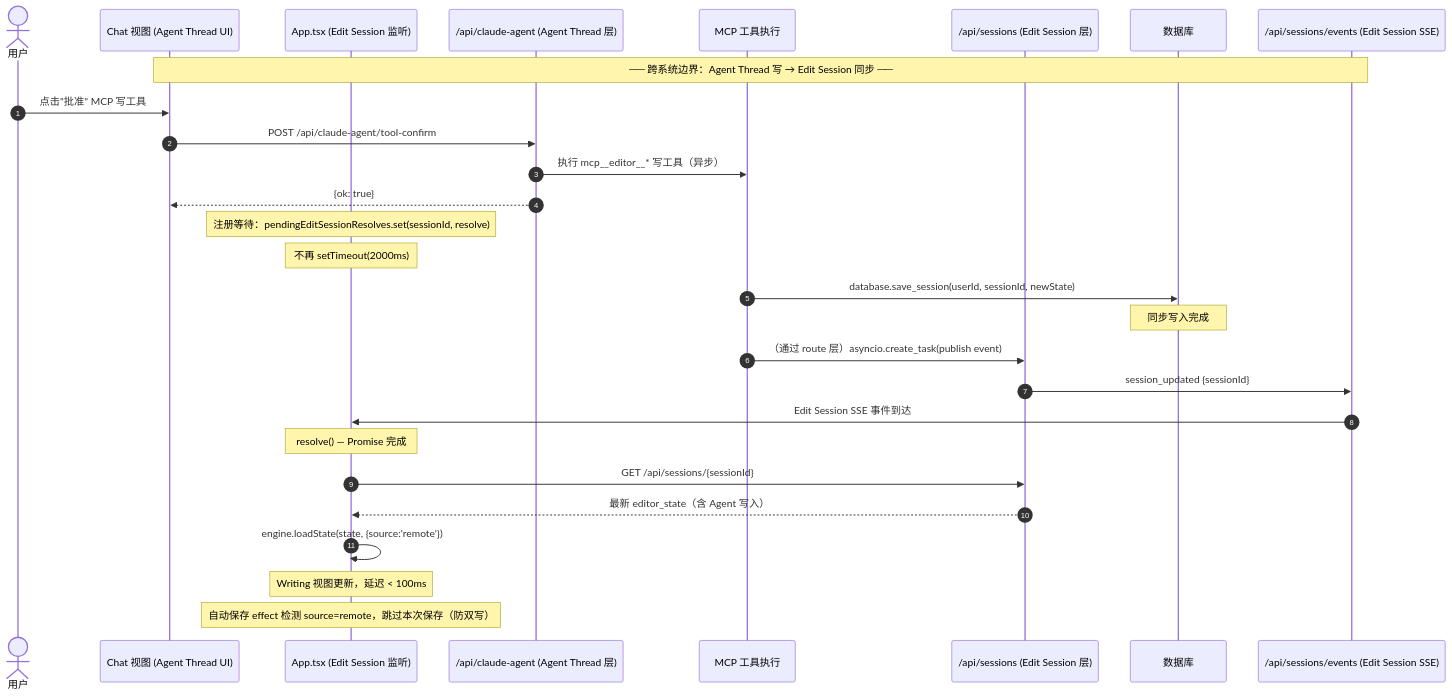
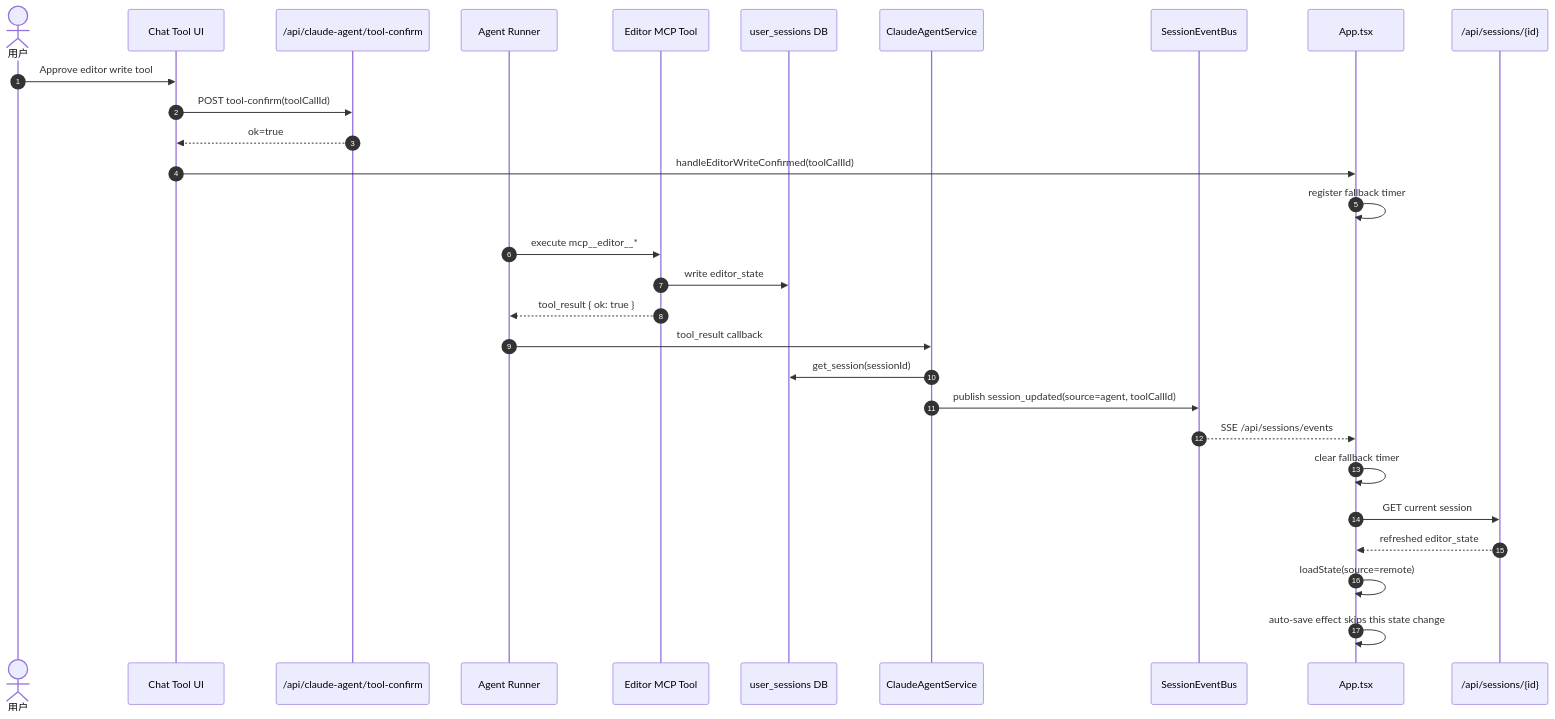
Before and after one commit to glide-the/im-dream: the diagram in docs/design/edit-session/session-event-driven-sync.md, drawn with Mermaid. The commit also changed other lines of this file and 30 other files, not shown here.

First line of the commit message:
feat: Implement event-driven reload for editor writes

````diff
--- a/docs/design/edit-session/session-event-driven-sync.md
+++ b/docs/design/edit-session/session-event-driven-sync.md
@@ -558,38 +137,33 @@
 ```mermaid
 sequenceDiagram
     autonumber
     actor U as 用户
-    participant Chat as Chat 视图 (Agent Thread UI)
-    participant AppFE as App.tsx (Edit Session 监听)
-    participant AgentAPI as /api/claude-agent (Agent Thread 层)
-    participant MCP as MCP 工具执行
-    participant SessionAPI as /api/sessions (Edit Session 层)
-    participant DB as 数据库
-    participant SSE as /api/sessions/events (Edit Session SSE)
+    participant Chat as Chat Tool UI
+    participant Confirm as /api/claude-agent/tool-confirm
+    participant Agent as Agent Runner
+    participant MCP as Editor MCP Tool
+    participant DB as user_sessions DB
+    participant Service as ClaudeAgentService
+    participant Bus as SessionEventBus
+    participant App as App.tsx
+    participant API as /api/sessions/{id}
 
-    Note over Chat,SSE: ── 跨系统边界：Agent Thread 写 → Edit Session 同步 ──
+    U->>Chat: Approve editor write tool
+    Chat->>Confirm: POST tool-confirm(toolCallId)
+    Confirm-->>Chat: ok=true
+    Chat->>App: handleEditorWriteConfirmed(toolCallId)
+    App->>App: register fallback timer
 
-    U->>Chat: 点击"批准" MCP 写工具
-    Chat->>AgentAPI: POST /api/claude-agent/tool-confirm
-    AgentAPI->>MCP: 执行 mcp__editor__* 写工具（异步）
-    AgentAPI-->>Chat: {ok: true}
-
-    Note over AppFE: 注册等待：pendingEditSessionResolves.set(sessionId, resolve)
-    Note over AppFE: 不再 setTimeout(2000ms)
-
-    MCP->>DB: database.save_session(userId, sessionId, newState)
-    Note over DB: 同步写入完成
-
-    MCP->>SessionAPI: （通过 route 层）asyncio.create_task(publish event)
-    SessionAPI->>SSE: session_updated {sessionId}
-    SSE->>AppFE: Edit Session SSE 事件到达
-
-    Note over AppFE: resolve() — Promise 完成
-    AppFE->>SessionAPI: GET /api/sessions/{sessionId}
-    SessionAPI-->>AppFE: 最新 editor_state（含 Agent 写入）
-
-    AppFE->>AppFE: engine.loadState(state, {source:'remote'})
-    Note over AppFE: Writing 视图更新，延迟 < 100ms
-
-    Note over AppFE: 自动保存 effect 检测 source=remote，跳过本次保存（防双写）
+    Agent->>MCP: execute mcp__editor__*
+    MCP->>DB: write editor_state
+    MCP-->>Agent: tool_result { ok: true }
+    Agent->>Service: tool_result callback
+    Service->>DB: get_session(sessionId)
+    Service->>Bus: publish session_updated(source=agent, toolCallId)
+    Bus-->>App: SSE /api/sessions/events
+    App->>App: clear fallback timer
+    App->>API: GET current session
+    API-->>App: refreshed editor_state
+    App->>App: loadState(source=remote)
+    App->>App: auto-save effect skips this state change
 ```
````
